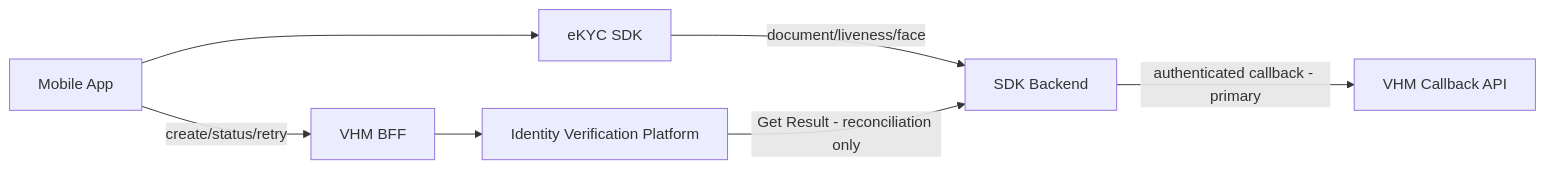
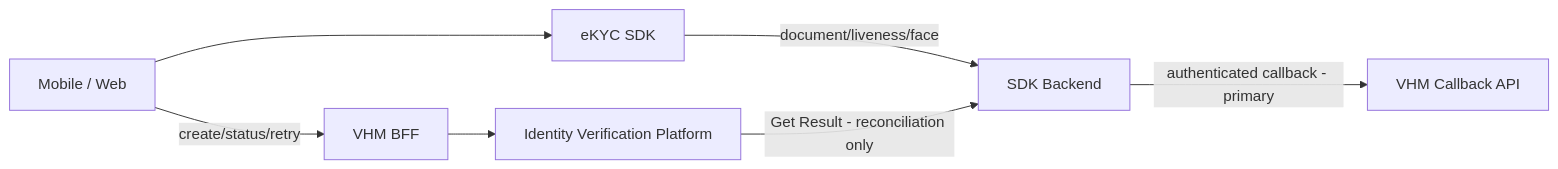
The third of 24 diagrams in tdd2.md (huynv-xyz/vhm), drawn with Mermaid before and after one commit. The commit also changed other lines of this file, not shown here.

````diff
--- a/tdd2.md
+++ b/tdd2.md
@@ -368,9 +368,9 @@
 ```mermaid
 flowchart LR
-    APP["Mobile App"] -->|create/status/retry| BFF["VHM BFF"]
+    APP["Mobile / Web"] -->|create/status/retry| BFF["VHM BFF"]
     BFF --> IV["Identity Verification Platform"]
     APP --> SDK["eKYC SDK"]
     SDK -->|document/liveness/face| PROVIDER["SDK Backend"]
     PROVIDER -->|authenticated callback - primary| CALLBACK["VHM Callback API"]
     IV -->|Get Result - reconciliation only| PROVIDER
 ```
````
